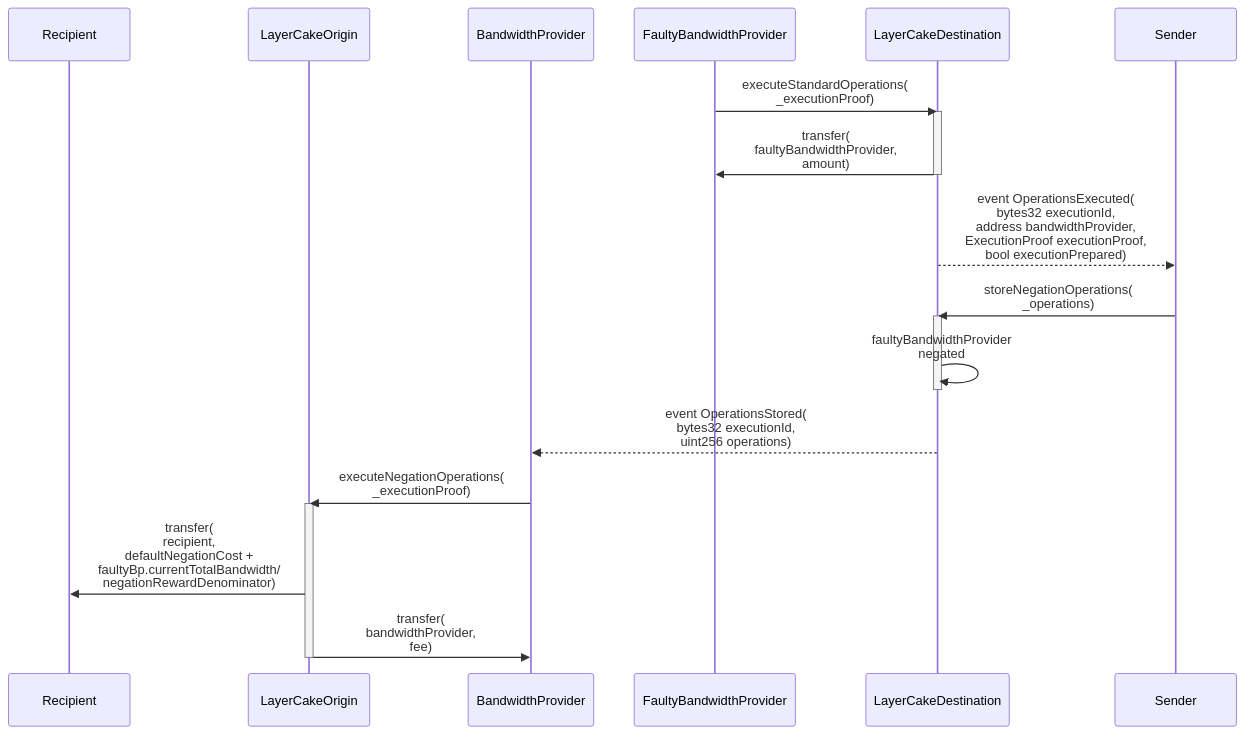
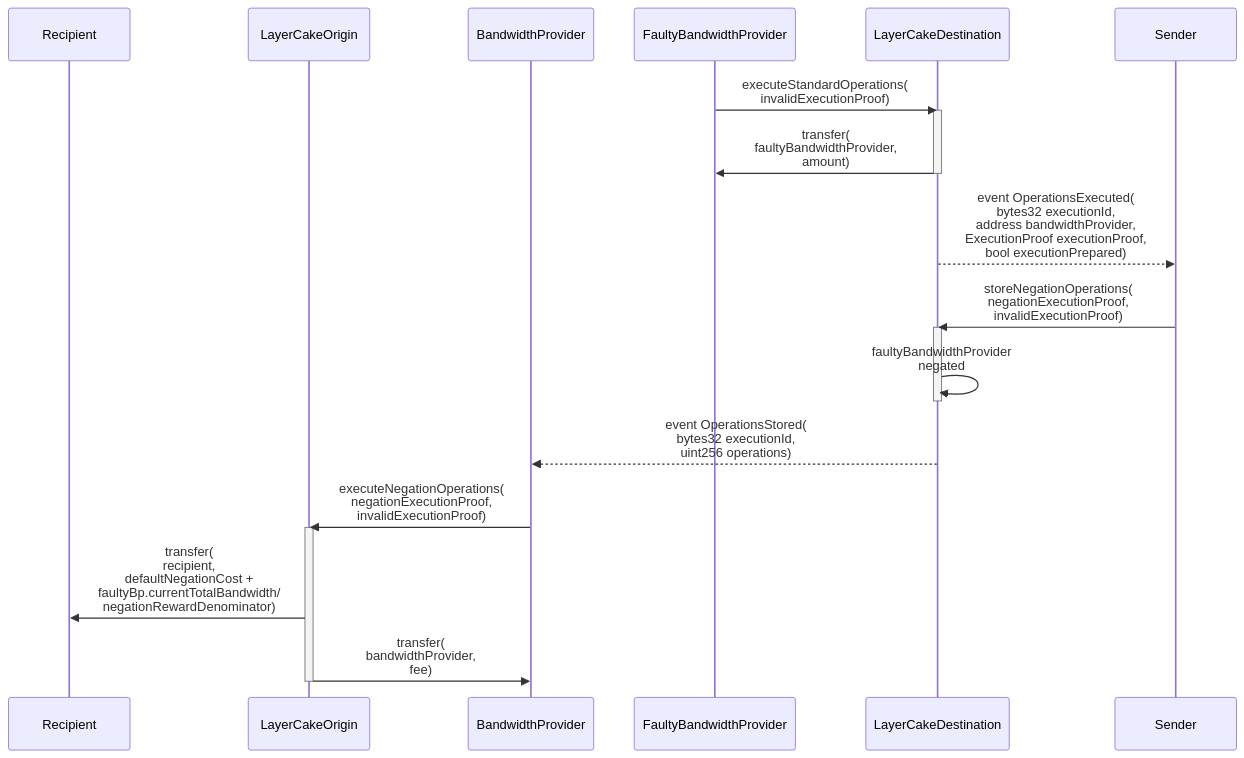
Before and after one commit to flare-labs-ltd/layercake: the second of 3 diagrams in docs/yellow-paper.md, drawn with Mermaid. The commit also changed other lines of this file and 3 other files, not shown here.

````diff
--- a/docs/yellow-paper.md
+++ b/docs/yellow-paper.md
@@ -271,24 +208,24 @@
 ```mermaid
 sequenceDiagram
     participant Recipient
     participant LayerCakeOrigin
     participant BandwidthProvider
     participant FaultyBandwidthProvider
     participant LayerCakeDestination
     participant Sender
-    FaultyBandwidthProvider->>LayerCakeDestination: executeStandardOperations(<br />_executionProof)
+    FaultyBandwidthProvider->>LayerCakeDestination: executeStandardOperations(<br />invalidExecutionProof)
     activate LayerCakeDestination
     LayerCakeDestination->>FaultyBandwidthProvider: transfer(<br />faultyBandwidthProvider,<br />amount)
     deactivate LayerCakeDestination
     LayerCakeDestination-->>Sender: event OperationsExecuted(<br />bytes32 executionId,<br />address bandwidthProvider,<br />ExecutionProof executionProof,<br />bool executionPrepared);
-    Sender->>LayerCakeDestination: storeNegationOperations(<br />_operations);
+    Sender->>LayerCakeDestination: storeNegationOperations(<br />negationExecutionProof, <br />invalidExecutionProof);
     activate LayerCakeDestination
     LayerCakeDestination->>LayerCakeDestination: faultyBandwidthProvider<br />negated
     deactivate LayerCakeDestination
     LayerCakeDestination-->>BandwidthProvider: event OperationsStored(<br />bytes32 executionId,<br />uint256 operations);
-    BandwidthProvider->>LayerCakeOrigin: executeNegationOperations(<br />_executionProof)
+    BandwidthProvider->>LayerCakeOrigin: executeNegationOperations(<br />negationExecutionProof, <br />invalidExecutionProof)
     activate LayerCakeOrigin
     LayerCakeOrigin->>Recipient: transfer(<br />recipient,<br />defaultNegationCost +<br />faultyBp.currentTotalBandwidth/<br />negationRewardDenominator)
     LayerCakeOrigin->>BandwidthProvider: transfer(<br />bandwidthProvider,<br />fee)
     deactivate LayerCakeOrigin
 ```
````
